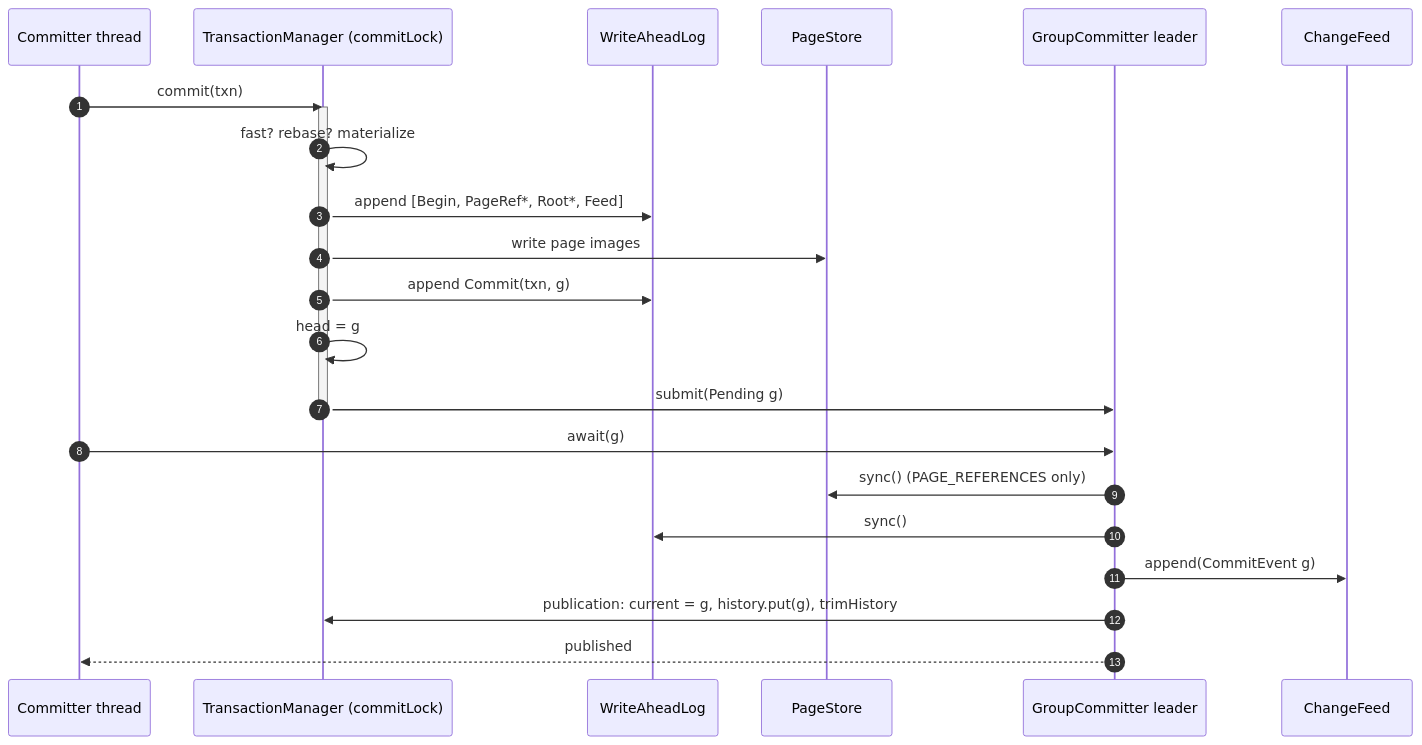
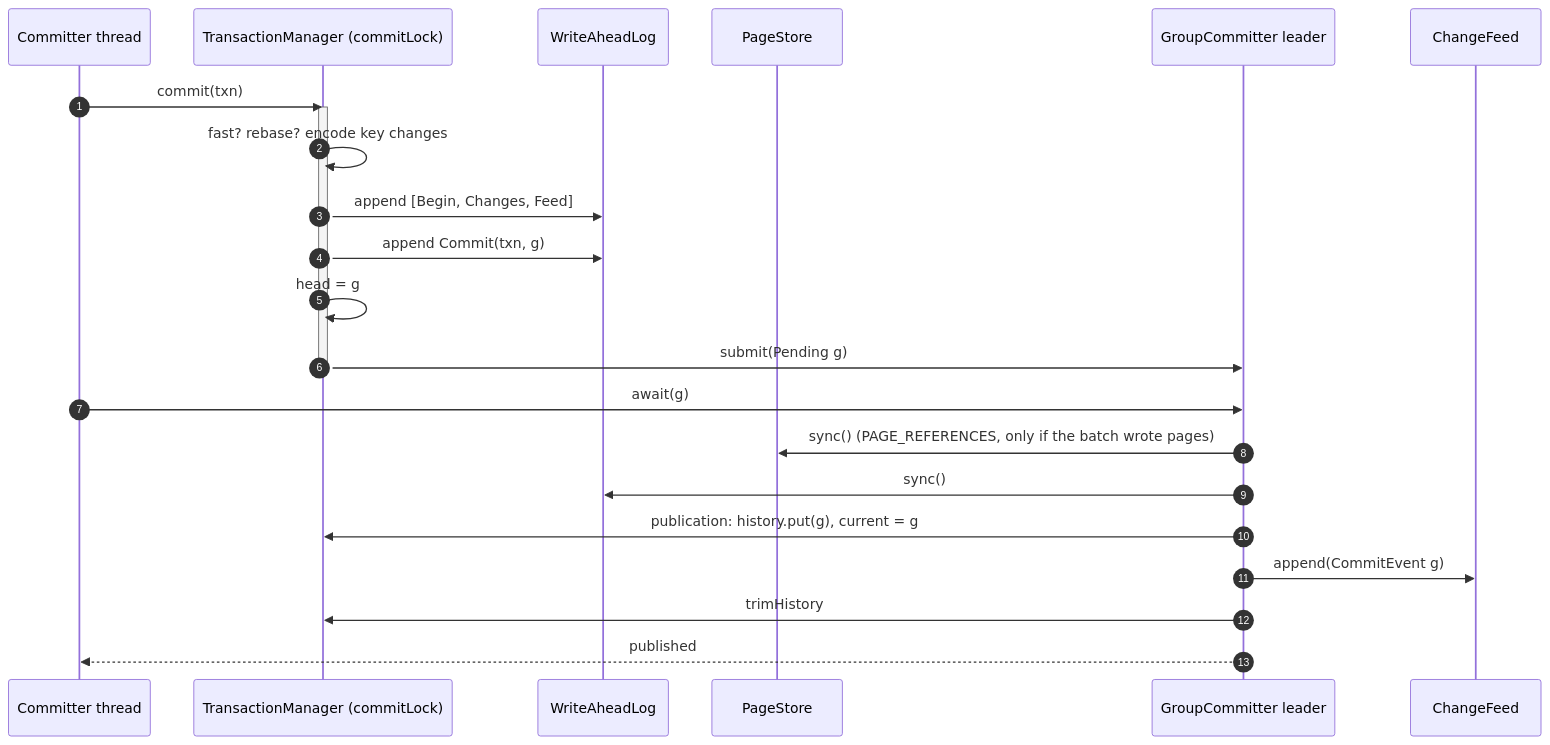
Before and after one commit to Ujjwaljain16/hypergraph: the third of 5 diagrams in docs/transactions/transactions.md, drawn with Mermaid. The commit also changed other lines of this file and 12 other files, not shown here.

````diff
--- a/docs/transactions/transactions.md
+++ b/docs/transactions/transactions.md
@@ -270,25 +277,25 @@
 ```mermaid
 sequenceDiagram
     autonumber
     participant C as Committer thread
     participant TM as TransactionManager (commitLock)
     participant W as WriteAheadLog
     participant D as PageStore
     participant G as GroupCommitter leader
     participant F as ChangeFeed
     C->>TM: commit(txn)
     activate TM
-    TM->>TM: fast? rebase? materialize
-    TM->>W: append [Begin, PageRef*, Root*, Feed]
-    TM->>D: write page images
+    TM->>TM: fast? rebase? encode key changes
+    TM->>W: append [Begin, Changes, Feed]
     TM->>W: append Commit(txn, g)
     TM->>TM: head = g
     TM->>G: submit(Pending g)
     deactivate TM
     C->>G: await(g)
-    G->>D: sync() (PAGE_REFERENCES only)
+    G->>D: sync() (PAGE_REFERENCES, only if the batch wrote pages)
     G->>W: sync()
+    G->>TM: publication: history.put(g), current = g
     G->>F: append(CommitEvent g)
-    G->>TM: publication: current = g, history.put(g), trimHistory
+    G->>TM: trimHistory
     G-->>C: published
 ```
````
